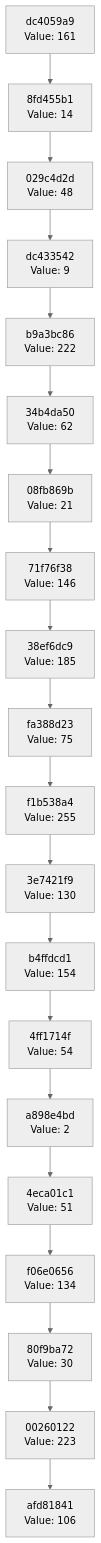
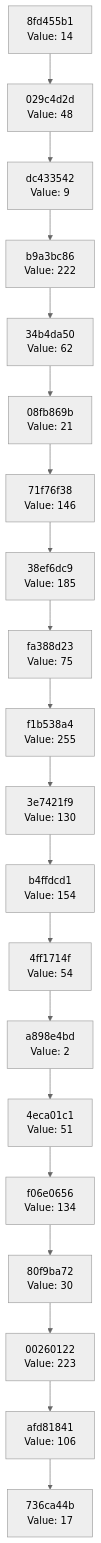
One commit to Abhisheksinha1506/hash-chain-evolver changed the diagram in docs/CHAIN_VISUALIZATION.md. Above: the diagram before and after it, drawn with Mermaid (neutral theme). The commit also changed 2 other files, not shown here.

Commit message:
Evolution step: hash 0x11 → action executed

````diff
--- a/docs/CHAIN_VISUALIZATION.md
+++ b/docs/CHAIN_VISUALIZATION.md
@@ -3,42 +3,42 @@
 ```mermaid
 graph TD
-    C0["afd81841<br/>Value: 106"]
-    C1["00260122<br/>Value: 223"]
+    C0["736ca44b<br/>Value: 17"]
+    C1["afd81841<br/>Value: 106"]
     C1 --> C0
-    C2["80f9ba72<br/>Value: 30"]
+    C2["00260122<br/>Value: 223"]
     C2 --> C1
-    C3["f06e0656<br/>Value: 134"]
+    C3["80f9ba72<br/>Value: 30"]
     C3 --> C2
-    C4["4eca01c1<br/>Value: 51"]
+    C4["f06e0656<br/>Value: 134"]
     C4 --> C3
-    C5["a898e4bd<br/>Value: 2"]
+    C5["4eca01c1<br/>Value: 51"]
     C5 --> C4
-    C6["4ff1714f<br/>Value: 54"]
+    C6["a898e4bd<br/>Value: 2"]
     C6 --> C5
-    C7["b4ffdcd1<br/>Value: 154"]
+    C7["4ff1714f<br/>Value: 54"]
     C7 --> C6
-    C8["3e7421f9<br/>Value: 130"]
+    C8["b4ffdcd1<br/>Value: 154"]
     C8 --> C7
-    C9["f1b538a4<br/>Value: 255"]
+    C9["3e7421f9<br/>Value: 130"]
     C9 --> C8
-    C10["fa388d23<br/>Value: 75"]
+    C10["f1b538a4<br/>Value: 255"]
     C10 --> C9
-    C11["38ef6dc9<br/>Value: 185"]
+    C11["fa388d23<br/>Value: 75"]
     C11 --> C10
-    C12["71f76f38<br/>Value: 146"]
+    C12["38ef6dc9<br/>Value: 185"]
     C12 --> C11
-    C13["08fb869b<br/>Value: 21"]
+    C13["71f76f38<br/>Value: 146"]
     C13 --> C12
-    C14["34b4da50<br/>Value: 62"]
+    C14["08fb869b<br/>Value: 21"]
     C14 --> C13
-    C15["b9a3bc86<br/>Value: 222"]
+    C15["34b4da50<br/>Value: 62"]
     C15 --> C14
-    C16["dc433542<br/>Value: 9"]
+    C16["b9a3bc86<br/>Value: 222"]
     C16 --> C15
-    C17["029c4d2d<br/>Value: 48"]
+    C17["dc433542<br/>Value: 9"]
     C17 --> C16
-    C18["8fd455b1<br/>Value: 14"]
+    C18["029c4d2d<br/>Value: 48"]
     C18 --> C17
-    C19["dc4059a9<br/>Value: 161"]
+    C19["8fd455b1<br/>Value: 14"]
     C19 --> C18
 ```
````
